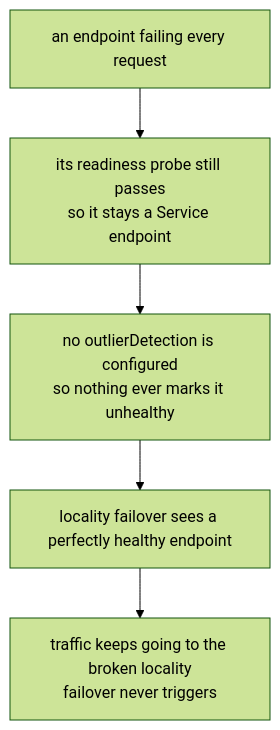
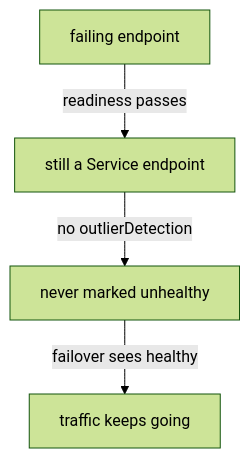
Before and after one commit to astrona-io/ATS014: the diagram in sections/section-040/module-04/course-03-the-health-dependency-and-scope.md, drawn with Mermaid (forest theme). The commit also changed other lines of this file and 444 other files, not shown here.

````diff
--- a/sections/section-040/module-04/course-03-the-health-dependency-and-scope.md
+++ b/sections/section-040/module-04/course-03-the-health-dependency-and-scope.md
@@ -13,7 +11,6 @@
 ```mermaid
-flowchart TD
-    E["an endpoint failing every request"] --> P["its readiness probe still passes<br/>so it stays a Service endpoint"]
-    P --> O["no outlierDetection is configured<br/>so nothing ever marks it unhealthy"]
-    O --> H["locality failover sees a perfectly healthy endpoint"]
-    H --> N["traffic keeps going to the broken locality<br/>failover never triggers"]
+flowchart TB
+    E["failing endpoint"] -->|"readiness passes"| P["still a Service endpoint"]
+    P -->|"no outlierDetection"| O["never marked unhealthy"]
+    O -->|"failover sees healthy"| N["traffic keeps going"]
 ```
````
